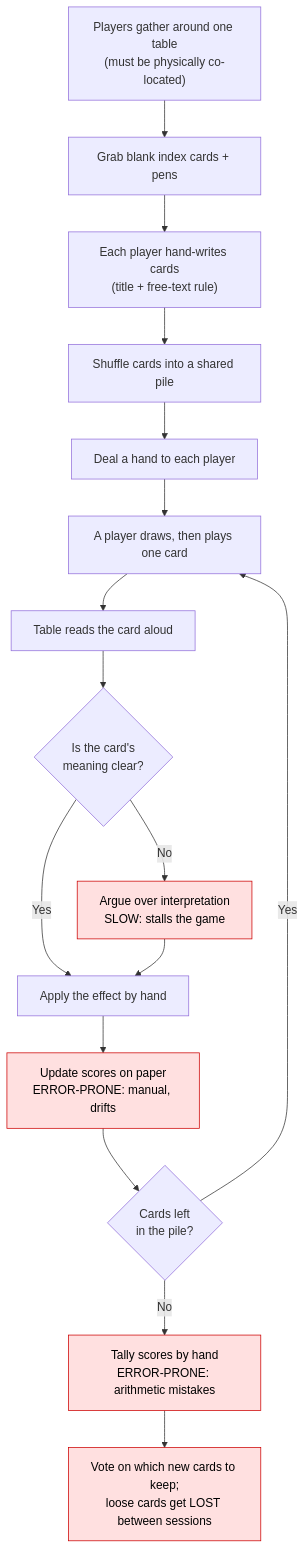
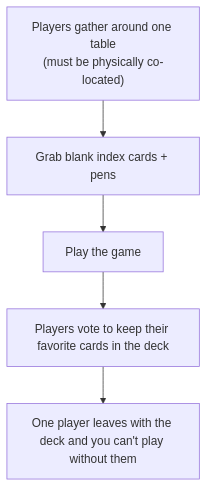
The first of 3 diagrams in docs/WRITEUP.md (msharp9/a-thousand-blank-white-cards), drawn with Mermaid before and after one commit. The commit also changed other lines of this file and 4 other files, not shown here.

````diff
--- a/docs/WRITEUP.md
+++ b/docs/WRITEUP.md
@@ -47,21 +35,7 @@
 ```mermaid
 flowchart TD
   Gather["Players gather around one table<br/>(must be physically co-located)"] --> Blanks["Grab blank index cards + pens"]
-  Blanks --> Write["Each player hand-writes cards<br/>(title + free-text rule)"]
-  Write --> Shuffle["Shuffle cards into a shared pile"]
-  Shuffle --> Deal["Deal a hand to each player"]
-  Deal --> Turn["A player draws, then plays one card"]
-  Turn --> Read["Table reads the card aloud"]
-  Read --> Dispute{"Is the card's<br/>meaning clear?"}
-  Dispute -->|"No"| Argue["Argue over interpretation<br/>SLOW: stalls the game"]
-  Dispute -->|"Yes"| Apply["Apply the effect by hand"]
-  Argue --> Apply
-  Apply --> Score["Update scores on paper<br/>ERROR-PRONE: manual, drifts"]
-  Score --> More{"Cards left<br/>in the pile?"}
-  More -->|"Yes"| Turn
-  More -->|"No"| Tally["Tally scores by hand<br/>ERROR-PRONE: arithmetic mistakes"]
-  Tally --> Keep["Vote on which new cards to keep;<br/>loose cards get LOST between sessions"]
-
-  classDef pain fill:#ffe0e0,stroke:#cc0000,color:#000;
-  class Argue,Score,Tally,Keep pain
+  Blanks --> Play["Play the game"]
+  Play --> Epilogue["Players vote to keep their favorite cards in the deck"]
+  Epilogue --> Leave["One player leaves with the deck and you can't play without them"]
 ```
````
